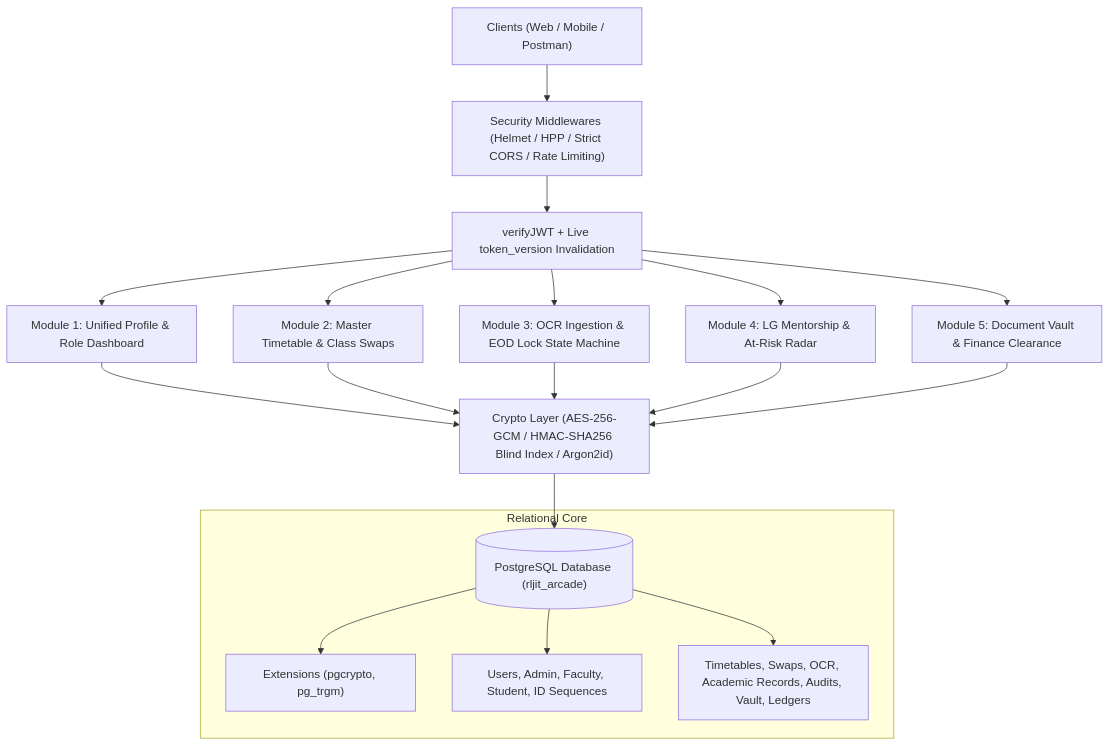
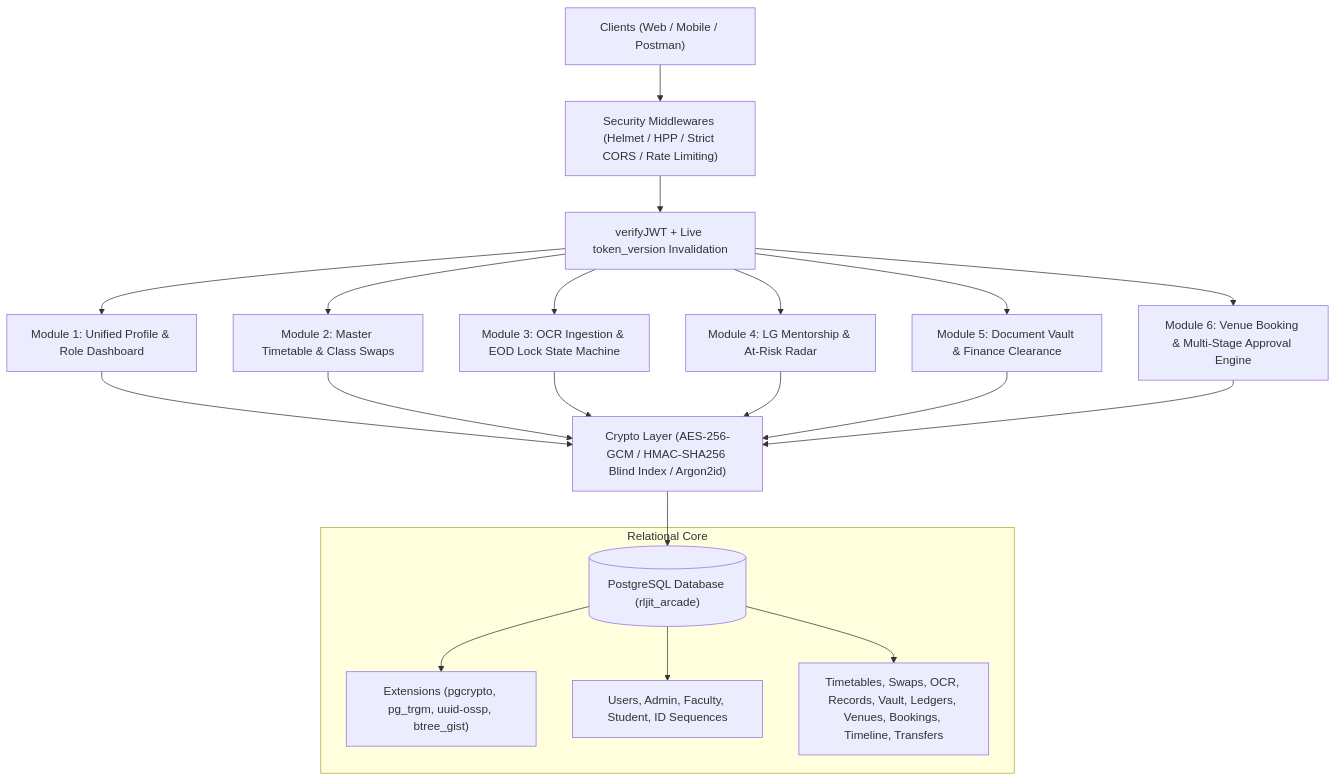
One commit to codebyadhyanth/rljit_arcade changed the first of 4 diagrams in README.md. Above: the diagram before and after it, drawn with Mermaid. The commit also changed other lines of this file and 5 other files, not shown here.

Commit message:
Backend Development : Venue Booking System APIs -> Testing Still Pending.

````diff
--- a/README.md
+++ b/README.md
@@ -12,20 +12,21 @@
 ```mermaid
 flowchart TD
     Client["Clients (Web / Mobile / Postman)"] --> Security["Security Middlewares (Helmet / HPP / Strict CORS / Rate Limiting)"]
     Security --> Auth["verifyJWT + Live token_version Invalidation"]
     
     Auth --> M1["Module 1: Unified Profile & Role Dashboard"]
     Auth --> M2["Module 2: Master Timetable & Class Swaps"]
     Auth --> M3["Module 3: OCR Ingestion & EOD Lock State Machine"]
     Auth --> M4["Module 4: LG Mentorship & At-Risk Radar"]
     Auth --> M5["Module 5: Document Vault & Finance Clearance"]
+    Auth --> M6["Module 6: Venue Booking & Multi-Stage Approval Engine"]
 
-    M1 & M2 & M3 & M4 & M5 --> CryptoLayer["Crypto Layer (AES-256-GCM / HMAC-SHA256 Blind Index / Argon2id)"]
+    M1 & M2 & M3 & M4 & M5 & M6 --> CryptoLayer["Crypto Layer (AES-256-GCM / HMAC-SHA256 Blind Index / Argon2id)"]
     CryptoLayer --> PG[("PostgreSQL Database (rljit_arcade)")]
     
     subgraph StorageEngine["Relational Core"]
-        PG --> Ext["Extensions (pgcrypto, pg_trgm)"]
+        PG --> Ext["Extensions (pgcrypto, pg_trgm, uuid-ossp, btree_gist)"]
         PG --> CoreTables["Users, Admin, Faculty, Student, ID Sequences"]
-        PG --> DomainTables["Timetables, Swaps, OCR, Academic Records, Audits, Vault, Ledgers"]
+        PG --> DomainTables["Timetables, Swaps, OCR, Records, Vault, Ledgers, Venues, Bookings, Timeline, Transfers"]
     end
 ```
````
